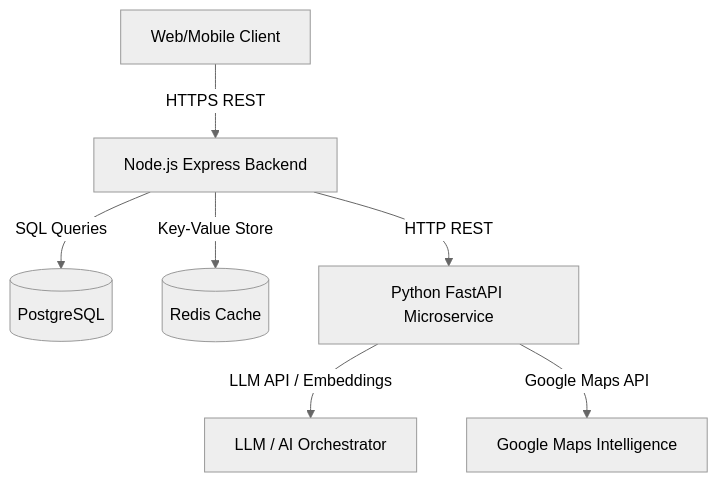
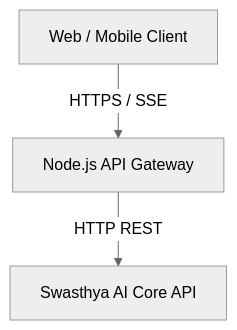
One commit to Amankumar140/MedPath changed the first of 2 diagrams in server/ARCHITECTURE.md. Above: the diagram before and after it, drawn with Mermaid (neutral theme). The commit also changed other lines of this file and 56 other files, not shown here.

Commit message:
feat: update system services, LLM agents, location context, and backend APIs

````diff
--- a/server/ARCHITECTURE.md
+++ b/server/ARCHITECTURE.md
@@ -46,9 +46,9 @@
 ```mermaid
 graph TD
-    Client[Web/Mobile Client] -->|HTTPS REST| Node[Node.js Express Backend]
-    Node -->|SQL Queries| DB[(PostgreSQL)]
-    Node -->|Key-Value Store| Redis[(Redis Cache)]
-    Node -->|HTTP REST| Python[Python FastAPI Microservice]
-    Python -->|LLM API / Embeddings| OpenAI[LLM / AI Orchestrator]
-    Python -->|Google Maps API| Maps[Google Maps Intelligence]
+    Client[Web / Mobile Client]
+    Node[Node.js API Gateway]
+    Swasthya[Swasthya AI Core API]
+
+    Client -->|HTTPS / SSE| Node
+    Node -->|HTTP REST| Swasthya
 ```
````
